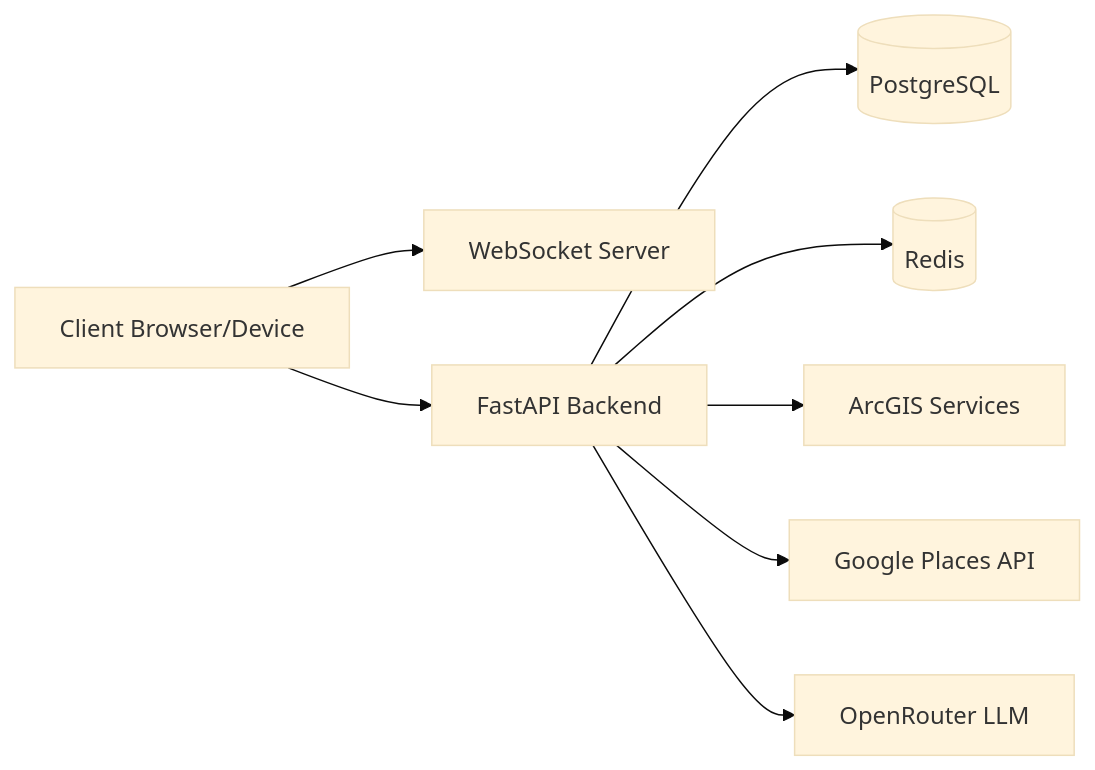
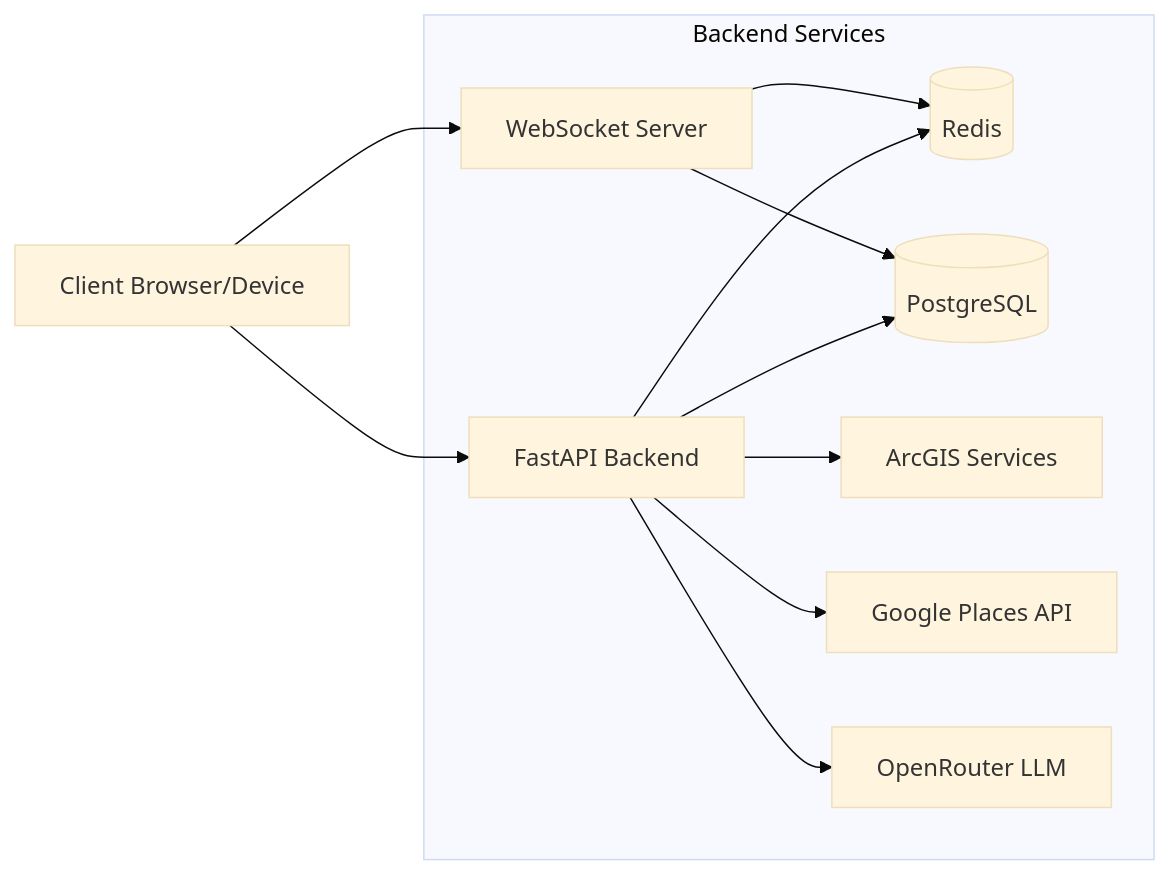
The second of 5 diagrams in language-voyager/technical_details.md (SuperNolvas/free-genai-bootcamp-2025), drawn with Mermaid (base theme) before and after one commit. The commit also changed other lines of this file, not shown here.

Commit message:
Correct system architecture diagram, and endpoints / schemas descriptions in documentation

````diff
--- a/language-voyager/technical_details.md
+++ b/language-voyager/technical_details.md
@@ -69,10 +69,22 @@
 ```mermaid
 graph LR
     Client[Client Browser/Device] --> WS[WebSocket Server]
     Client --> API[FastAPI Backend]
-    API --> DB[(PostgreSQL)]
-    API --> Cache[(Redis)]
+    WS --> Cache[(Redis)]
+    WS --> DB[(PostgreSQL)]
+    API --> DB
+    API --> Cache
     API --> GIS[ArcGIS Services]
     API --> Places[Google Places API]
     API --> LLM[OpenRouter LLM]
+
+    subgraph Backend Services
+        WS
+        API
+        DB
+        Cache
+        GIS
+        Places
+        LLM
+    end
 ```
````
